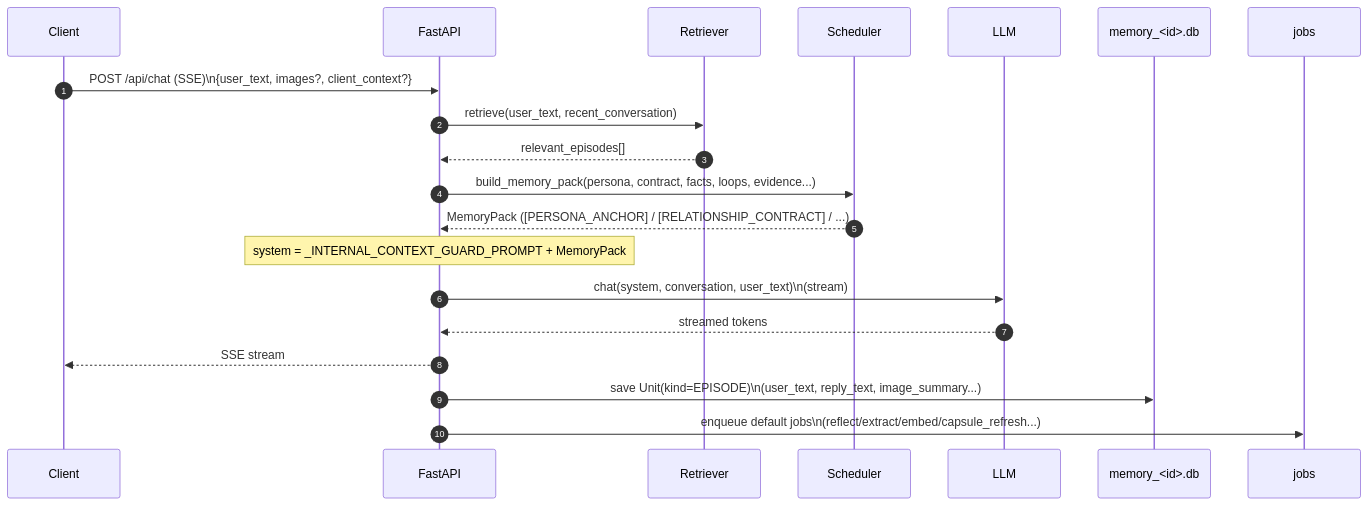
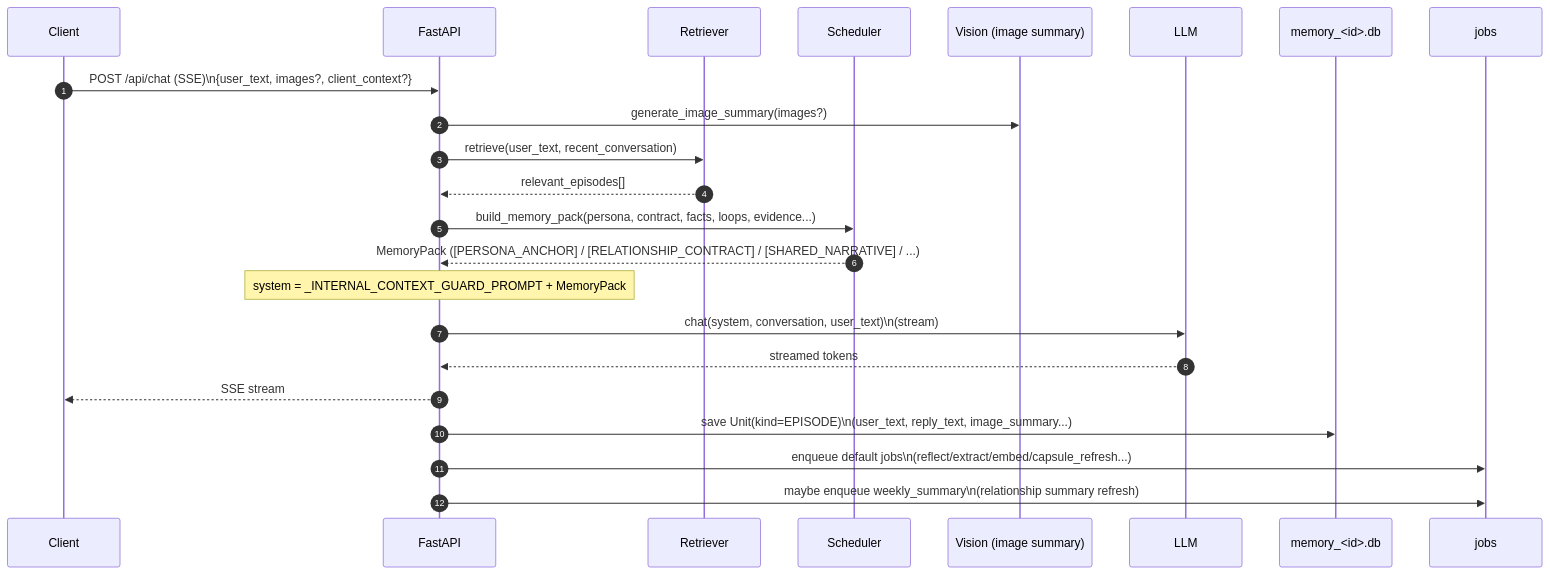
Before and after one commit to hirona98/cocoro_ghost: the third of 4 diagrams in docs/prompt_usage_map.md, drawn with Mermaid. The commit also changed other lines of this file and 4 other files, not shown here.

````diff
--- a/docs/prompt_usage_map.md
+++ b/docs/prompt_usage_map.md
@@ -66,23 +159,26 @@
 ```mermaid
 sequenceDiagram
   autonumber
   participant UI as Client
   participant API as FastAPI
   participant RET as Retriever
   participant SCH as Scheduler
+  participant VIS as Vision (image summary)
   participant LLM as LLM
   participant DB as memory_<id>.db
   participant Q as jobs
 
   UI->>API: POST /api/chat (SSE)\n{user_text, images?, client_context?}
+  API->>VIS: generate_image_summary(images?)
   API->>RET: retrieve(user_text, recent_conversation)
   RET-->>API: relevant_episodes[]
   API->>SCH: build_memory_pack(persona, contract, facts, loops, evidence...)
-  SCH-->>API: MemoryPack ([PERSONA_ANCHOR] / [RELATIONSHIP_CONTRACT] / ...)
+  SCH-->>API: MemoryPack ([PERSONA_ANCHOR] / [RELATIONSHIP_CONTRACT] / [SHARED_NARRATIVE] / ...)
   Note over API: system = _INTERNAL_CONTEXT_GUARD_PROMPT + MemoryPack
   API->>LLM: chat(system, conversation, user_text)\n(stream)
   LLM-->>API: streamed tokens
   API-->>UI: SSE stream
   API->>DB: save Unit(kind=EPISODE)\n(user_text, reply_text, image_summary...)
   API->>Q: enqueue default jobs\n(reflect/extract/embed/capsule_refresh...)
+  API->>Q: maybe enqueue weekly_summary\n(relationship summary refresh)
 ```
````
